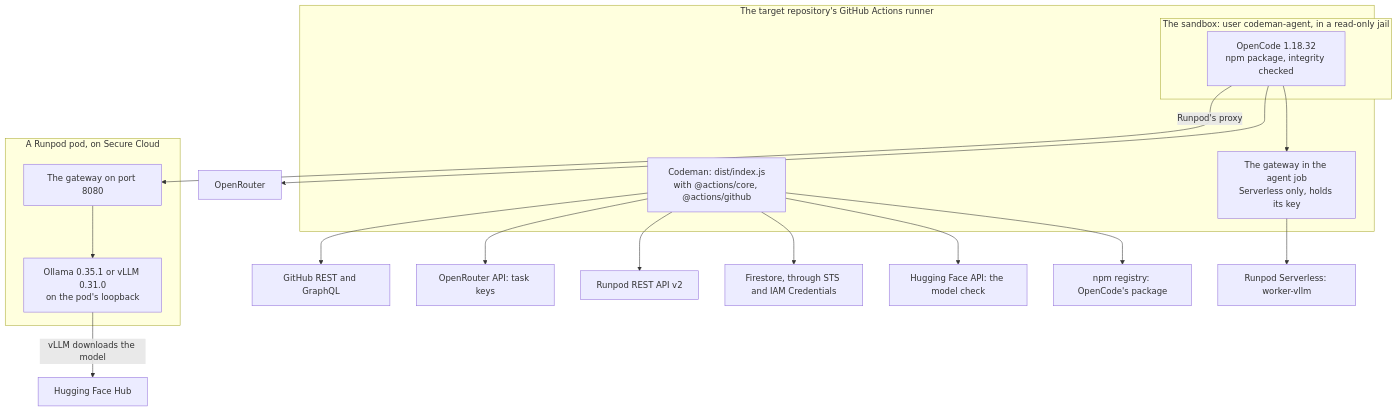
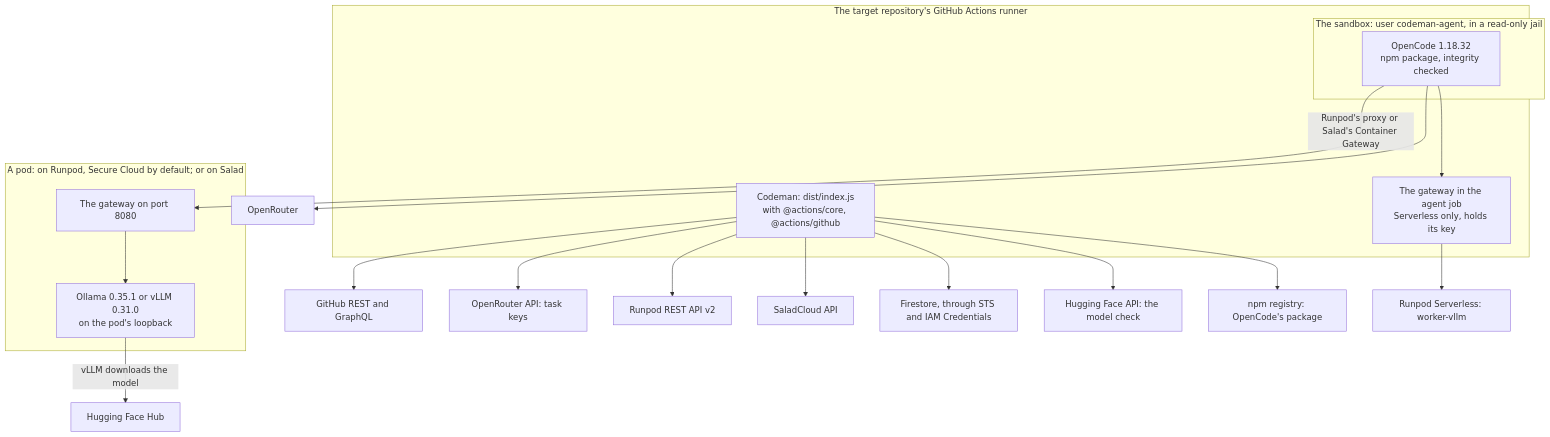
Before and after one commit to codenergy-dev/codeman: the diagram in docs/development/dependencies.md, drawn with Mermaid. The commit also changed other lines of this file and 25 other files, not shown here.

First line of the commit message:
Document Salad pods, and the hosts and priority of a pod

````diff
--- a/docs/development/dependencies.md
+++ b/docs/development/dependencies.md
@@ -58,24 +60,25 @@
 ```mermaid
 flowchart TB
   subgraph Runner["The target repository's GitHub Actions runner"]
     A["Codeman: dist/index.js<br/>with @actions/core, @actions/github"]
     G1["The gateway in the agent job<br/>Serverless only, holds its key"]
     subgraph Sandbox["The sandbox: user codeman-agent, in a read-only jail"]
       O["OpenCode 1.18.32<br/>npm package, integrity checked"]
     end
   end
-  subgraph Pod["A Runpod pod, on Secure Cloud"]
+  subgraph Pod["A pod: on Runpod, Secure Cloud by default; or on Salad"]
     G2["The gateway on port 8080"]
     E["Ollama 0.35.1 or vLLM 0.31.0<br/>on the pod's loopback"]
   end
   A --> GH["GitHub REST and GraphQL"]
   A --> ORK["OpenRouter API: task keys"]
   A --> RP["Runpod REST API v2"]
+  A --> SA["SaladCloud API"]
   A --> FS["Firestore, through STS and IAM Credentials"]
   A --> HF1["Hugging Face API: the model check"]
   A --> NPM["npm registry: OpenCode's package"]
   O --> OR["OpenRouter"]
   O --> G1 --> W["Runpod Serverless: worker-vllm"]
-  O -->|"Runpod's proxy"| G2 --> E
+  O -->|"Runpod's proxy or Salad's Container Gateway"| G2 --> E
   E -->|"vLLM downloads the model"| HF2["Hugging Face Hub"]
 ```
````
